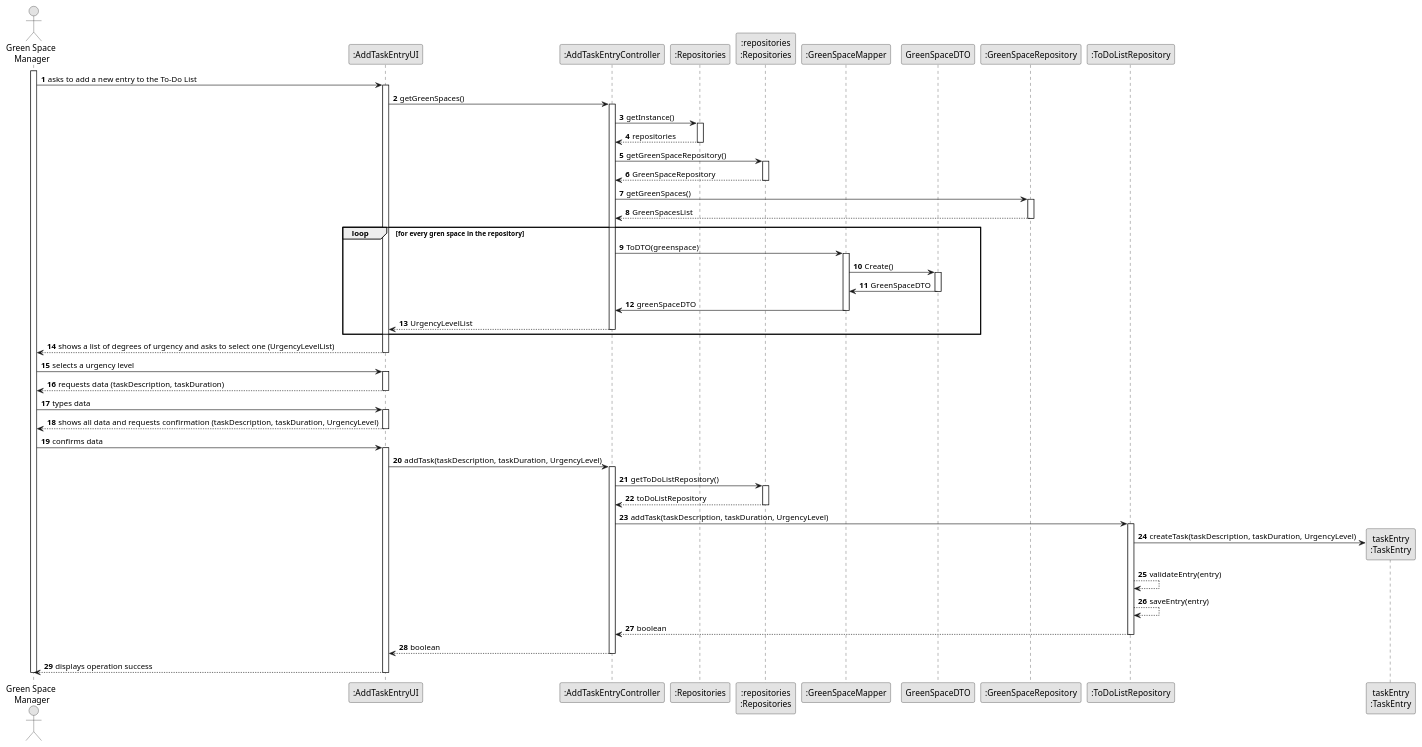
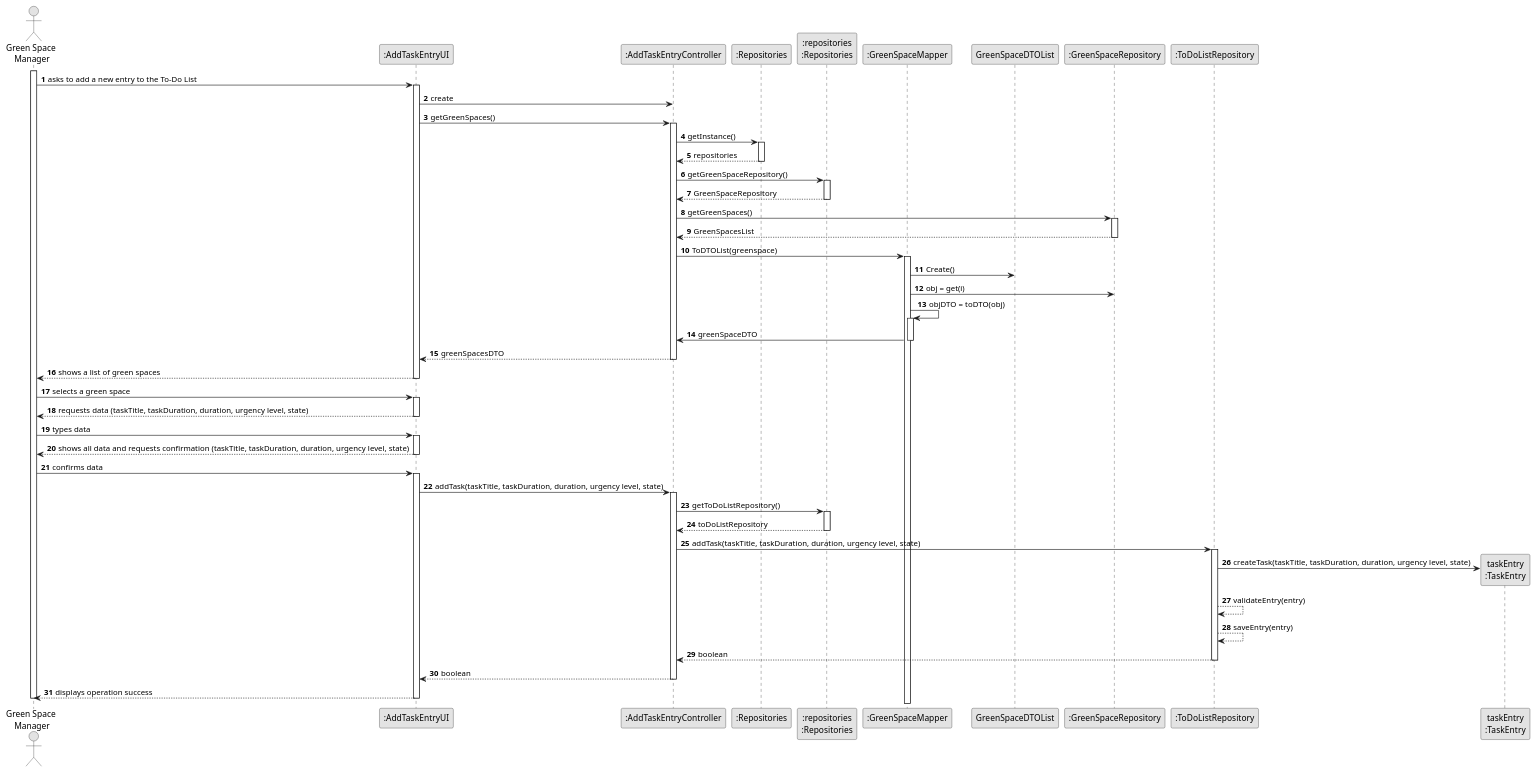
One commit to Departamento-de-Engenharia-Informatica/lei-24-s2-1dkl-g134 changed the diagram in docs/sprintC/us021/03.design/puml/us021-sequence-diagram-full.puml. Above: the diagram before and after it, drawn with PlantUML.

Commit message:
diagram us21

```diff
--- a/docs/sprintC/us021/03.design/puml/us021-sequence-diagram-full.puml
+++ b/docs/sprintC/us021/03.design/puml/us021-sequence-diagram-full.puml
@@ -1,102 +1,104 @@
 @startuml
 skinparam monochrome true
 skinparam packageStyle rectangle
 skinparam shadowing false
 
 autonumber
 
 'hide footbox
 actor "Green Space \nManager" as ADM
 participant ":AddTaskEntryUI" as UI
 participant ":AddTaskEntryController" as CTRL
 participant ":Repositories" as RepositorySingleton
 participant ":repositories\n:Repositories" as PLAT
 participant ":GreenSpaceMapper" as MAP
-participant "GreenSpaceDTO" as DTO
+participant "GreenSpaceDTOList" as DTO
 participant ":GreenSpaceRepository" as URG
 participant ":ToDoListRepository" as TDR
 participant "taskEntry\n:TaskEntry" as TASK
 
 activate ADM
 
     ADM -> UI : asks to add a new entry to the To-Do List
     activate UI
-
+        UI -> CTRL : create
         UI -> CTRL : getGreenSpaces()
         activate CTRL
 
             CTRL -> RepositorySingleton : getInstance()
             activate RepositorySingleton
 
                 RepositorySingleton --> CTRL : repositories
             deactivate RepositorySingleton
 
             CTRL -> PLAT : getGreenSpaceRepository()
             activate PLAT
 
                 PLAT --> CTRL : GreenSpaceRepository
             deactivate PLAT
 
             CTRL -> URG : getGreenSpaces()
             activate URG
 
                 URG --> CTRL : GreenSpacesList
             deactivate URG
 
-            loop for every gren space in the repository
-            CTRL -> MAP : ToDTO(greenspace)
+            CTRL -> MAP : ToDTOList(greenspace)
             activate MAP
                 MAP -> DTO: Create()
-                activate DTO
-                    DTO -> MAP:GreenSpaceDTO
+                MAP -> URG: obj = get(i)
+                MAP -> MAP: objDTO = toDTO(obj)
+                activate MAP
+                
                 deactivate DTO
                 MAP -> CTRL: greenSpaceDTO
             deactivate
-            CTRL --> UI : UrgencyLevelList
+
+            CTRL --> UI : greenSpacesDTO
         deactivate CTRL
-            end
-        UI --> ADM : shows a list of degrees of urgency and asks to select one (UrgencyLevelList)
+
+        UI --> ADM : shows a list of green spaces
     deactivate UI
 
-    ADM -> UI : selects a urgency level
+    ADM -> UI : selects a green space
     activate UI
 
-        UI --> ADM : requests data (taskDescription, taskDuration)
+        UI --> ADM : requests data (taskTitle, taskDuration, duration, urgency level, state)
     deactivate UI
 
     ADM -> UI : types data
     activate UI
 
-        UI --> ADM : shows all data and requests confirmation (taskDescription, taskDuration, UrgencyLevel)
+        UI --> ADM : shows all data and requests confirmation (taskTitle, taskDuration, duration, urgency level, state)
     deactivate UI
 
     ADM -> UI : confirms data
     activate UI
 
-        UI -> CTRL : addTask(taskDescription, taskDuration, UrgencyLevel)
+        UI -> CTRL : addTask(taskTitle, taskDuration, duration, urgency level, state)
         activate CTRL
 
             CTRL -> PLAT : getToDoListRepository()
             activate PLAT
 
                 PLAT --> CTRL : toDoListRepository
             deactivate PLAT
 
-            CTRL -> TDR : addTask(taskDescription, taskDuration, UrgencyLevel)
+            CTRL -> TDR : addTask(taskTitle, taskDuration, duration, urgency level, state)
             activate TDR
 
-                TDR -> TASK** : createTask(taskDescription, taskDuration, UrgencyLevel)
+                TDR -> TASK** : createTask(taskTitle, taskDuration, duration, urgency level, state)
                 TDR --> TDR : validateEntry(entry)
                 TDR --> TDR : saveEntry(entry)
                 TDR --> CTRL : boolean
             deactivate TDR
 
             CTRL --> UI : boolean
         deactivate CTRL
 
         UI --> ADM : displays operation success
     deactivate UI
 
 deactivate ADM
 
 @enduml
```
